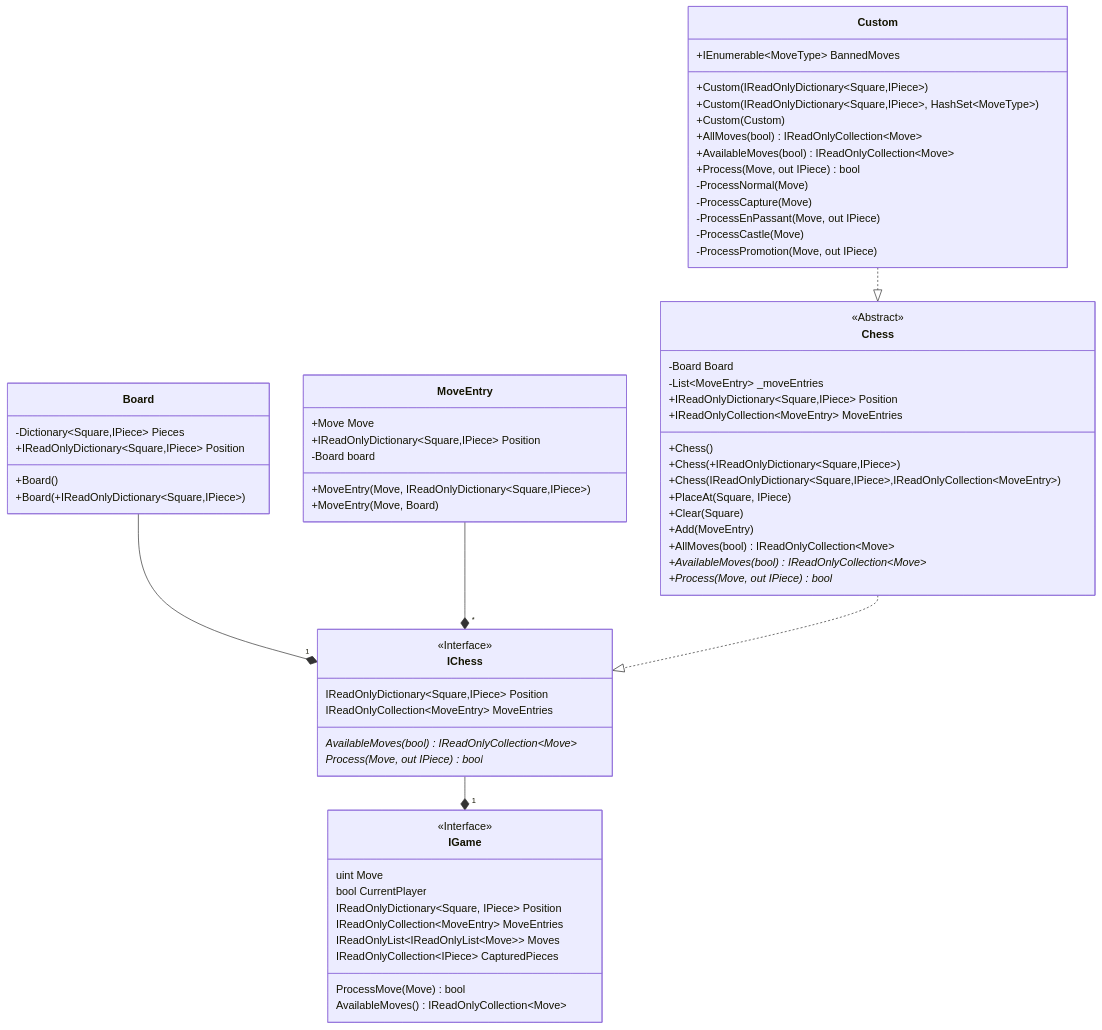
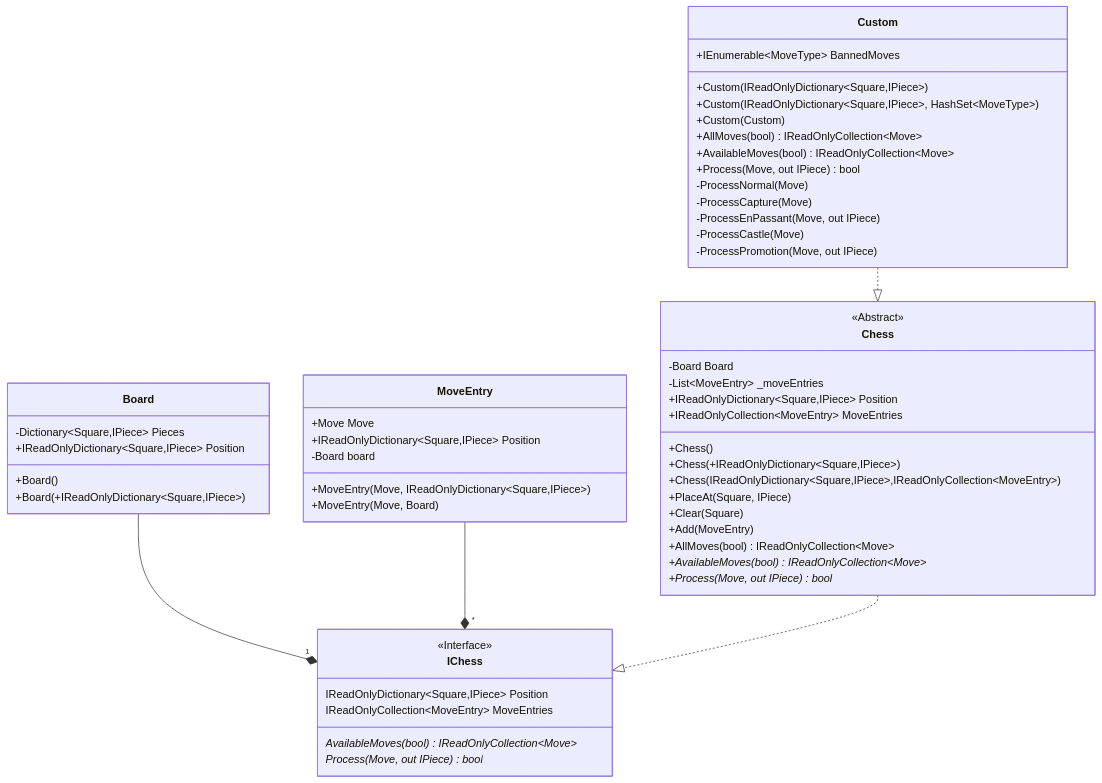
The diagram in UML Diagram/Core/Chess.md (JeanLColombo/Mate), drawn with Mermaid before and after one commit. The commit also changed 5 other files, not shown here.

````diff
--- a/UML Diagram/Core/Chess.md
+++ b/UML Diagram/Core/Chess.md
@@ -1,69 +1,57 @@
 ```mermaid
     classDiagram
     class IChess{
         <<Interface>>
         IReadOnlyDictionary~Square,IPiece~ Position
         IReadOnlyCollection~MoveEntry~ MoveEntries
         AvailableMoves(bool)* IReadOnlyCollection~Move~
         Process(Move, out IPiece)* bool
-    }
-    class IGame{
-        <<Interface>>
-        uint Move
-        bool CurrentPlayer
-        IReadOnlyDictionary~Square, IPiece~ Position
-        IReadOnlyCollection~MoveEntry~ MoveEntries
-        IReadOnlyList~IReadOnlyList~Move~~ Moves
-        IReadOnlyCollection~IPiece~ CapturedPieces
-        ProcessMove(Move) bool
-        AvailableMoves() IReadOnlyCollection~Move~
     }
     class Chess{
         <<Abstract>>
         -Board Board
         -List~MoveEntry~ _moveEntries
         +IReadOnlyDictionary~Square,IPiece~ Position
         +IReadOnlyCollection~MoveEntry~ MoveEntries
         +Chess()
         +Chess(+IReadOnlyDictionary~Square,IPiece~)
         +Chess(IReadOnlyDictionary~Square,IPiece~,IReadOnlyCollection~MoveEntry~)
         +PlaceAt(Square, IPiece) 
         +Clear(Square)
         +Add(MoveEntry) 
         +AllMoves(bool) IReadOnlyCollection~Move~
         +AvailableMoves(bool)* IReadOnlyCollection~Move~
         +Process(Move, out IPiece)* bool
     }
     class Board{
         -Dictionary~Square,IPiece~ Pieces
         +IReadOnlyDictionary~Square,IPiece~ Position 
         +Board()
         +Board(+IReadOnlyDictionary~Square,IPiece~)
     }
     class MoveEntry{
         +Move Move
         +IReadOnlyDictionary~Square,IPiece~ Position
         -Board board
         +MoveEntry(Move, IReadOnlyDictionary~Square,IPiece~)
         +MoveEntry(Move, Board)
     }
     class Custom{
         +IEnumerable~MoveType~ BannedMoves
         +Custom(IReadOnlyDictionary~Square,IPiece~)
         +Custom(IReadOnlyDictionary~Square,IPiece~, HashSet~MoveType~)
         +Custom(Custom)
         +AllMoves(bool) IReadOnlyCollection~Move~
         +AvailableMoves(bool) IReadOnlyCollection~Move~
         +Process(Move, out IPiece) bool
         -ProcessNormal(Move)
         -ProcessCapture(Move)
         -ProcessEnPassant(Move, out IPiece)
         -ProcessCastle(Move)
         -ProcessPromotion(Move, out IPiece)
     }
     Board --* "1" IChess
     MoveEntry --* "*" IChess
     Chess ..|> IChess
-    IChess --* "1" IGame
     Custom ..|> Chess
 ```
````
